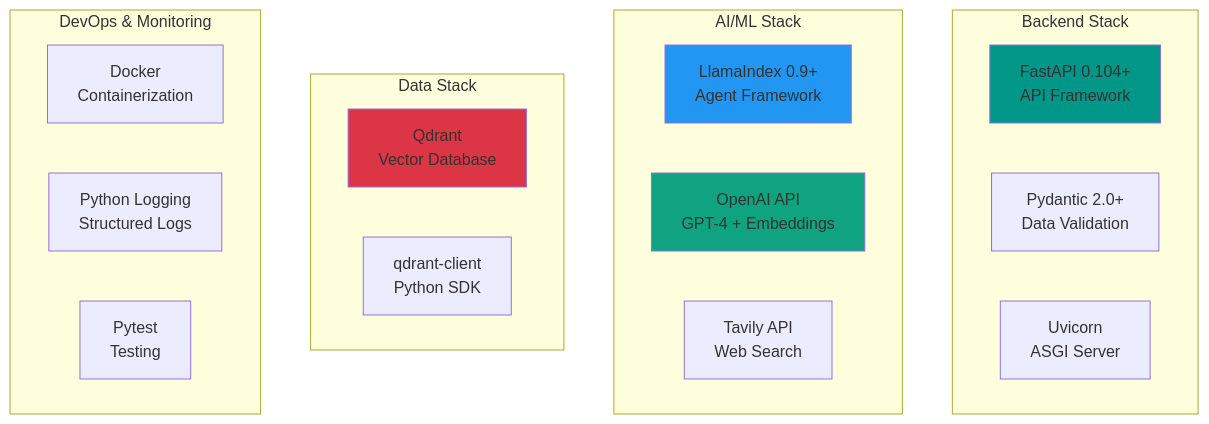
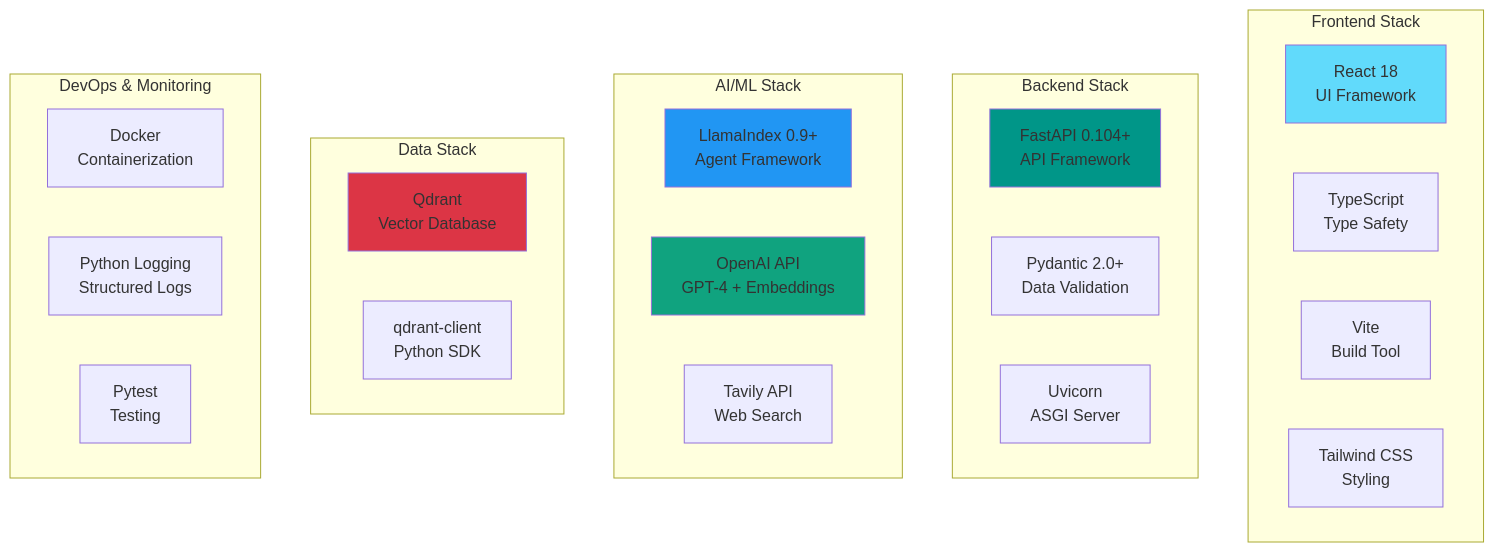
The fourth of 6 diagrams in SOLUTION.md (anandbhaskaran/ai-knowledge-assistant), drawn with Mermaid before and after one commit. The commit also changed other lines of this file, not shown here.

````diff
--- a/SOLUTION.md
+++ b/SOLUTION.md
@@ -285,30 +285,38 @@
 ```mermaid
 graph TB
+    subgraph Frontend["Frontend Stack"]
+        React[React 18<br/>UI Framework]
+        TypeScript[TypeScript<br/>Type Safety]
+        Vite[Vite<br/>Build Tool]
+        Tailwind[Tailwind CSS<br/>Styling]
+    end
+
     subgraph Backend["Backend Stack"]
         FastAPI[FastAPI 0.104+<br/>API Framework]
         Pydantic[Pydantic 2.0+<br/>Data Validation]
         Uvicorn[Uvicorn<br/>ASGI Server]
     end
 
     subgraph AI["AI/ML Stack"]
         LlamaIndex[LlamaIndex 0.9+<br/>Agent Framework]
         OpenAI[OpenAI API<br/>GPT-4 + Embeddings]
         Tavily[Tavily API<br/>Web Search]
     end
 
     subgraph Data["Data Stack"]
         Qdrant[Qdrant<br/>Vector Database]
         QClient[qdrant-client<br/>Python SDK]
     end
 
     subgraph DevOps["DevOps & Monitoring"]
         Docker[Docker<br/>Containerization]
         Logging[Python Logging<br/>Structured Logs]
         Pytest[Pytest<br/>Testing]
     end
 
+    style React fill:#61DAFB
     style FastAPI fill:#009688
     style LlamaIndex fill:#2196F3
     style Qdrant fill:#DC3545
     style OpenAI fill:#10A37F
 ```
````
